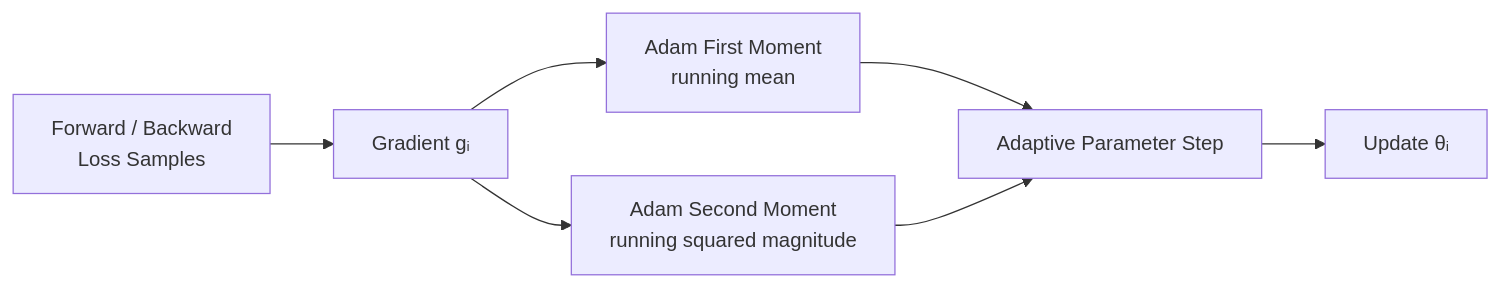
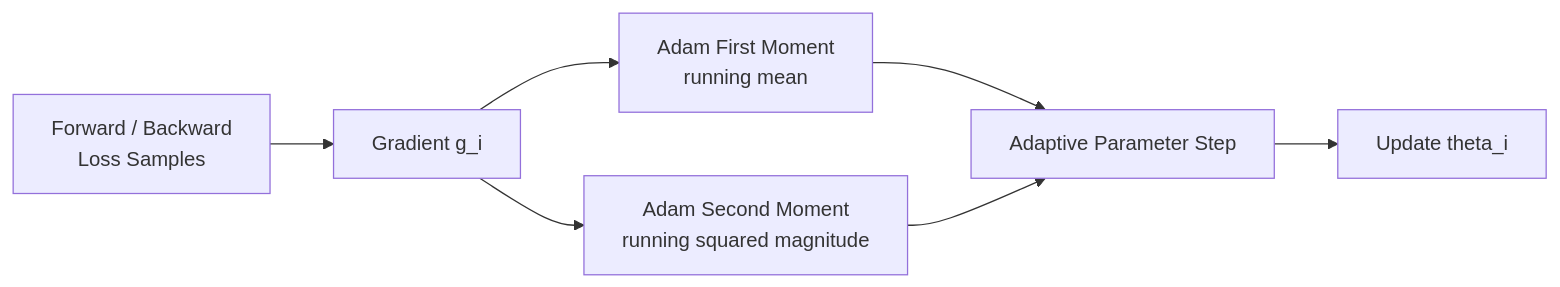
One commit to DriftingOtter/QAQC changed the fourth of 5 diagrams in README.md. Above: the diagram before and after it, drawn with Mermaid. The commit also changed other lines of this file, not shown here.

Commit message:
fixed mermaid diagrams to parse correctly on github

````diff
--- a/README.md
+++ b/README.md
@@ -202,9 +202,9 @@
 ```mermaid
 flowchart LR
-    GP[Forward / Backward<br/>Loss Samples] --> G[Gradient gᵢ]
-    G --> M[Adam First Moment<br/>running mean]
-    G --> R[Adam Second Moment<br/>running squared magnitude]
-    M --> STEP[Adaptive Parameter Step]
+    GP["Forward / Backward<br/>Loss Samples"] --> G["Gradient g_i"]
+    G --> M["Adam First Moment<br/>running mean"]
+    G --> R["Adam Second Moment<br/>running squared magnitude"]
+    M --> STEP["Adaptive Parameter Step"]
     R --> STEP
-    STEP --> TH[Update θᵢ]
+    STEP --> TH["Update theta_i"]
 ```
````
